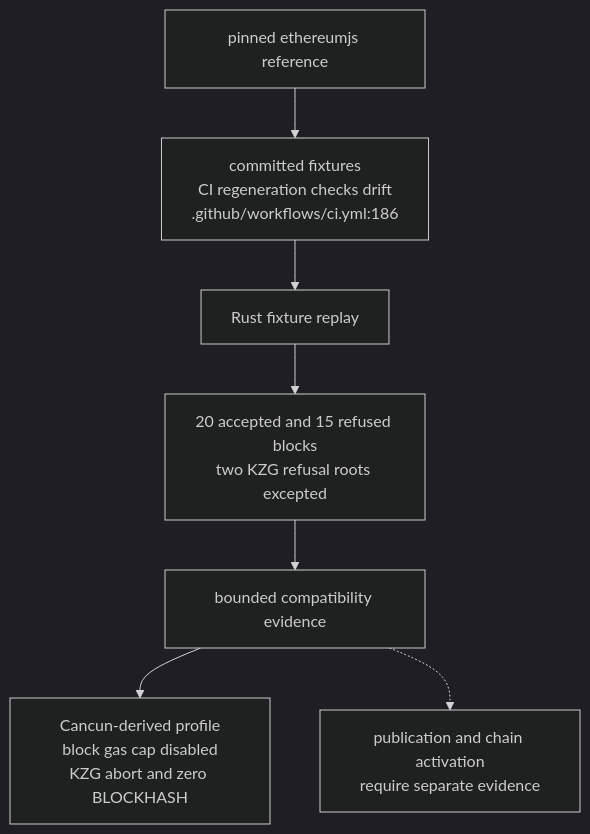
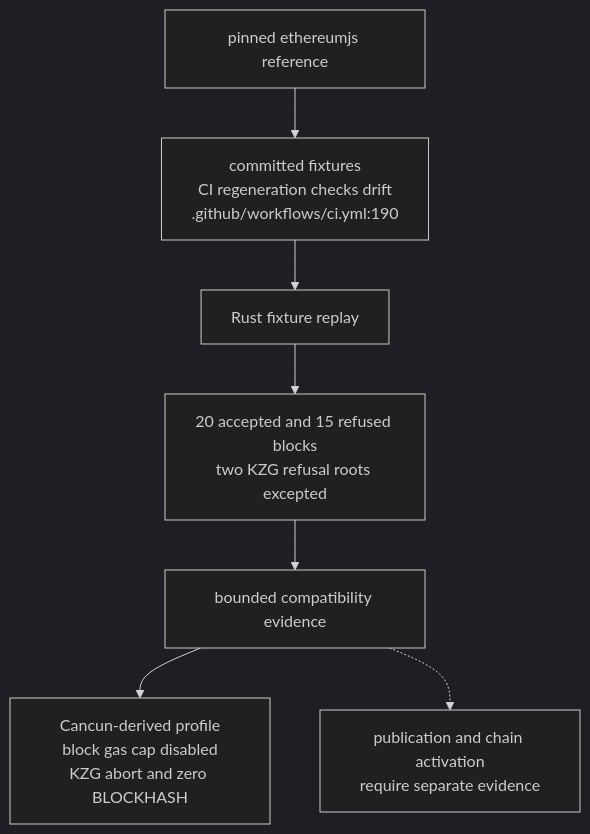
Before and after one commit to DreamLab-AI/VisionFlow: the fourth of 4 diagrams in docs/diagrams/sidestr-rs/03-evm-overlay-and-retained-state.md, drawn with Mermaid (dark theme). The commit also changed other lines of this file and 4 other files, not shown here.

First line of the commit message:
diagrams(sidestr-rs): re-verify SR-01..05 at the pinned heads and add the teller

````diff
--- a/docs/diagrams/sidestr-rs/03-evm-overlay-and-retained-state.md
+++ b/docs/diagrams/sidestr-rs/03-evm-overlay-and-retained-state.md
@@ -104,9 +104,9 @@
 ```mermaid
 flowchart TB
-    J["pinned ethereumjs reference"] --> F["committed fixtures<br/>CI regeneration checks drift<br/>.github/workflows/ci.yml:186"]
+    J["pinned ethereumjs reference"] --> F["committed fixtures<br/>CI regeneration checks drift<br/>.github/workflows/ci.yml:190"]
     F --> R["Rust fixture replay"]
     R --> EQ["20 accepted and 15 refused blocks<br/>two KZG refusal roots excepted"]
     EQ --> SRC["bounded compatibility evidence"]
     SRC --> PROFILE["Cancun-derived profile<br/>block gas cap disabled<br/>KZG abort and zero BLOCKHASH"]
     SRC -.-> LIVE["publication and chain activation<br/>require separate evidence"]
 ```
````
